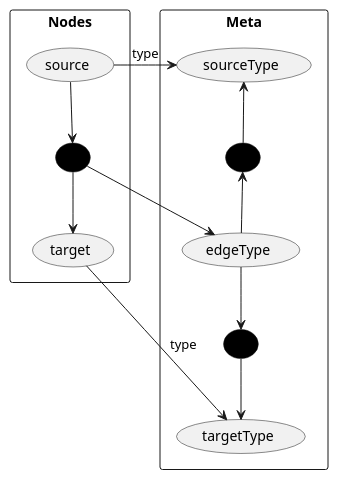
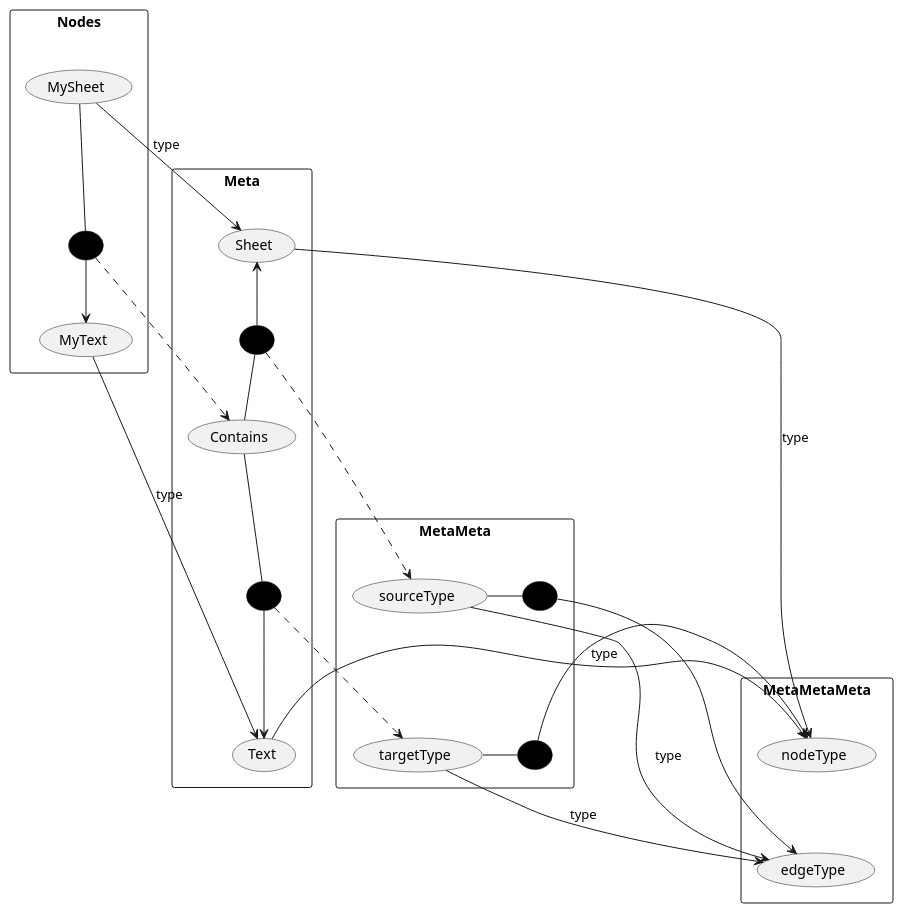
One commit to kneissler/trigraph changed the diagram in test.puml. Above: the diagram before and after it, drawn with PlantUML.

Commit message:
almost there

```diff
--- a/test.puml
+++ b/test.puml
@@ -1,23 +1,45 @@
 @startuml
 rectangle "Nodes" {
-  node (source)
-  node (target)
+  node (MySheet)
+  node (MyText)
   node (A) as " " #black
-  (source) --> (A)
-  (A) --> (target)
+  (MySheet) -- (A)
+  (A) --> (MyText)
 }
 rectangle "Meta" {
+  node (Sheet)
+  node (Text)
+  node (Contains)
+  (MySheet) --> (Sheet) : type
+  (MyText) --> (Text) : type
+  (A) .> (Contains)
+  node (B) as " " #black
+  (Contains) -u- (B)
+  (B) -u-> (Sheet)
+  node (C) as " " #black
+  (Contains) -d- (C)
+  (C) -d-> (Text)
+}
+rectangle "MetaMeta" {
   node (sourceType)
   node (targetType)
+  (sourceType) -[hidden]d-> (targetType)
+  (B) .r-> sourceType
+  (C) .r-> targetType
+  node (D) as " " #black
+  node (E) as " " #black
+}
+rectangle "MetaMetaMeta" {
+  node (nodeType)
   node (edgeType)
-  (source) -> (sourceType) : type
-  (target) -> (targetType) : type
-  (A) -> (edgeType)
-  node (B) as " " #black
-  (edgeType) -u-> (B)
-  (B) -u-> (sourceType)
-  node (C) as " " #black
-  (edgeType) -d-> (C)
-  (C) -d-> (targetType)
+  (nodeType) -[hidden]d-> (edgeType)
+  (Text) -r-> (nodeType) : type
+  (Sheet) -r-> (nodeType) : type
+  (sourceType) --> (edgeType) : type
+  (targetType) --> (edgeType) : type
 }
+(sourceType) -l- (D)
+(D) -l-> (edgeType)
+(targetType) -l- (E)
+(E) -l-> (nodeType)
 @enduml
```
